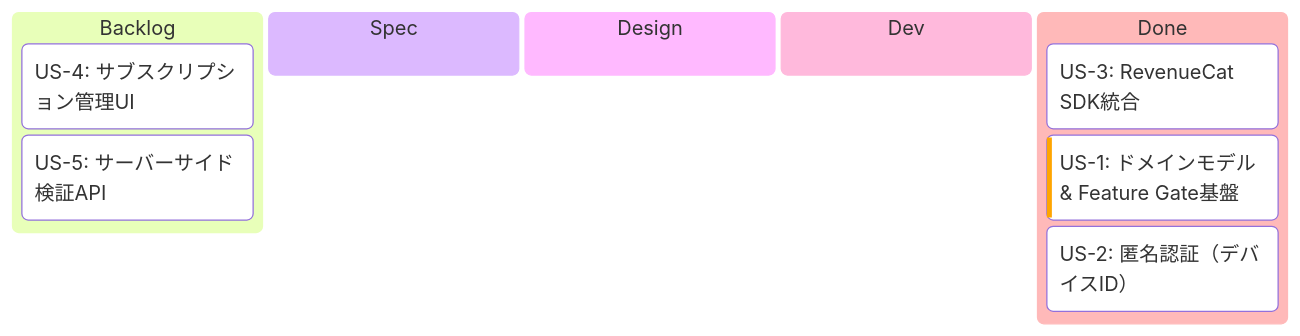
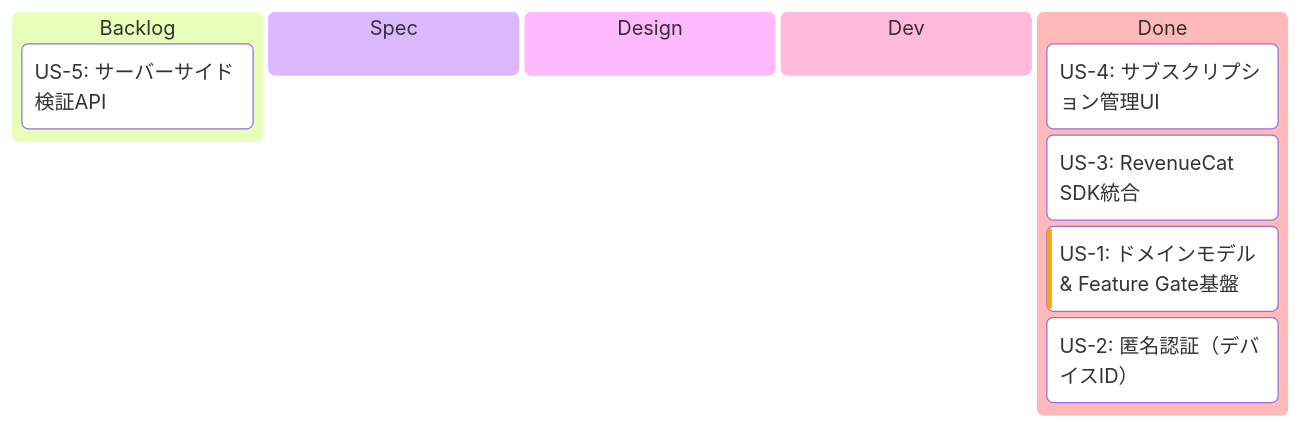
One commit to saki0000/collab-stream changed the first of 2 diagrams in implement-context/subscription/EPIC.md. Above: the diagram before and after it, drawn with Mermaid. The commit also changed other lines of this file and 13 other files, not shown here.

````diff
--- a/implement-context/subscription/EPIC.md
+++ b/implement-context/subscription/EPIC.md
@@ -25,18 +25,18 @@
 ```mermaid
 ---
 config:
   kanban:
     ticketBaseUrl: ''
 ---
 kanban
   backlog[Backlog]
-    us4[US-4: サブスクリプション管理UI]
     us5[US-5: サーバーサイド検証API]
   spec[Spec]
   design[Design]
   dev[Dev]
   done[Done]
+    us4[US-4: サブスクリプション管理UI]
     us3[US-3: RevenueCat SDK統合]
     us1[US-1: ドメインモデル & Feature Gate基盤]@{ priority: 'High' }
     us2[US-2: 匿名認証（デバイスID）]
 ```
````
